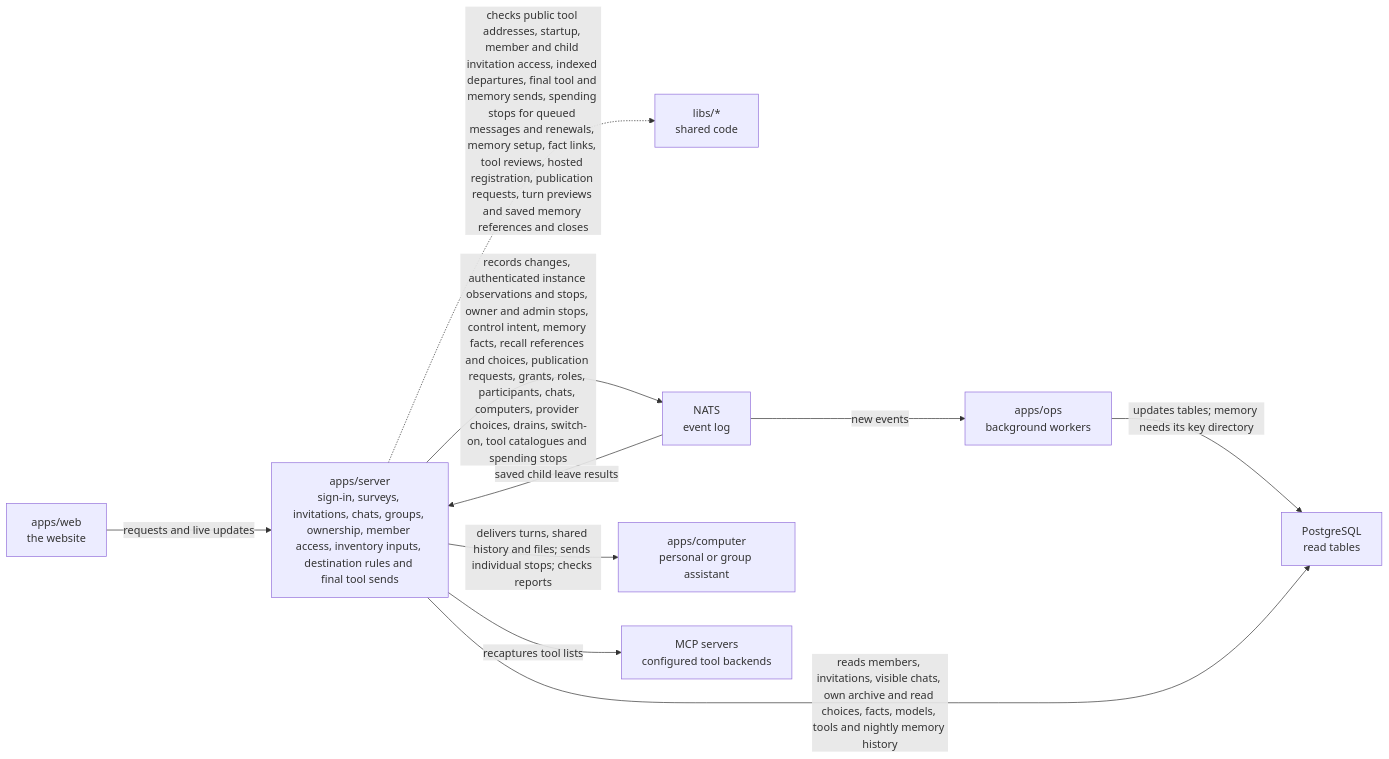
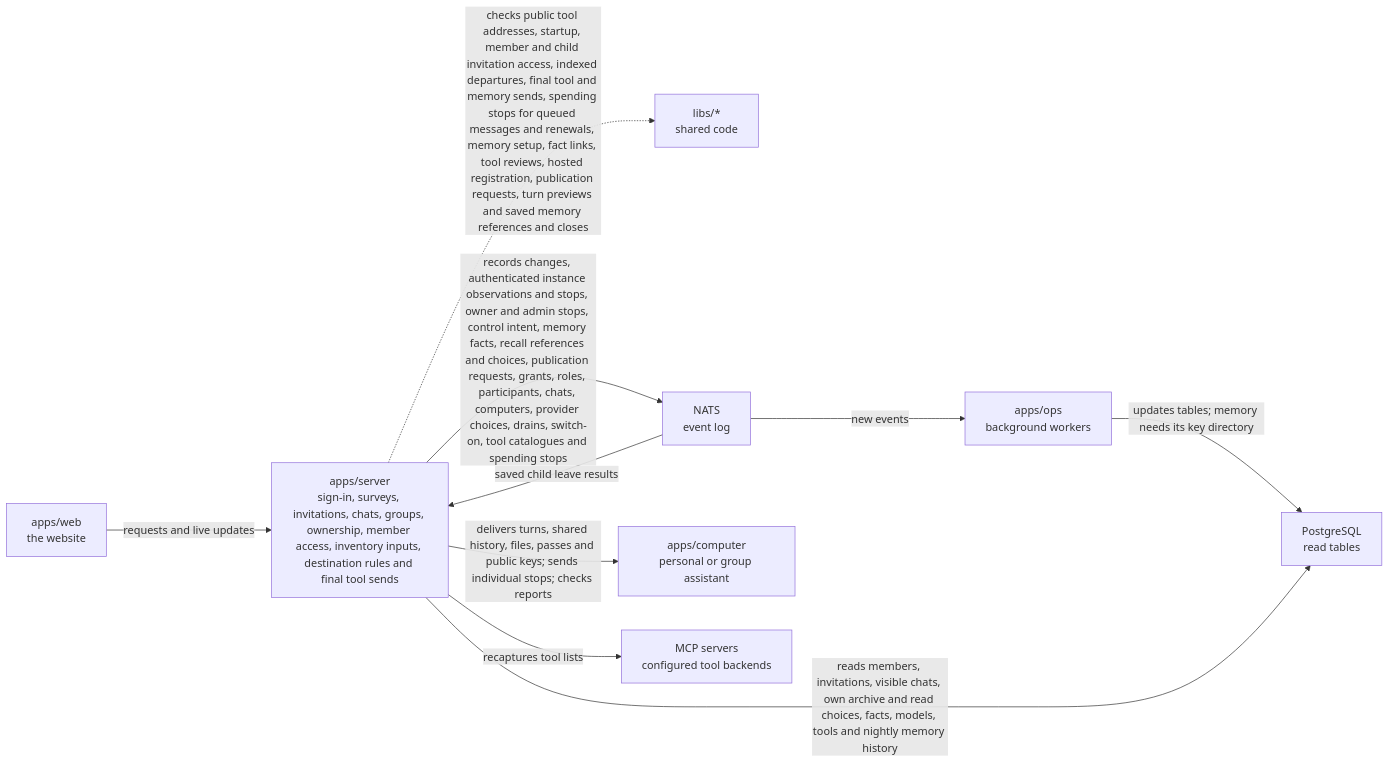
One commit to elewa-git/opencrane-new changed the diagram in apps/server/README.md. Above: the diagram before and after it, drawn with Mermaid. The commit also changed other lines of this file and 16 other files, not shown here.

````diff
--- a/apps/server/README.md
+++ b/apps/server/README.md
@@ -11,12 +11,12 @@
 ```mermaid
 flowchart LR
   web["apps/web<br/>the website"] -->|requests and live updates| server["apps/server<br/>sign-in, surveys, invitations, chats, groups, ownership, member access, inventory inputs, destination rules and final tool sends"]
   server -.->|checks public tool addresses, startup, member and child invitation access, indexed departures, final tool and memory sends, spending stops for queued messages and renewals, memory setup, fact links, tool reviews, hosted registration, publication requests, turn previews and saved memory references and closes| libs["libs/*<br/>shared code"]
   server -->|records changes, authenticated instance observations and stops, owner and admin stops, control intent, memory facts, recall references and choices, publication requests, grants, roles, participants, chats, computers, provider choices, drains, switch-on, tool catalogues and spending stops| nats["NATS<br/>event log"]
   nats -->|saved child leave results| server
   nats -->|new events| ops["apps/ops<br/>background workers"]
   ops -->|updates tables; memory needs its key directory| postgres["PostgreSQL<br/>read tables"]
   server -->|reads members, invitations, visible chats, own archive and read choices, facts, models, tools and nightly memory history| postgres
-  server -->|delivers turns, shared history and files; sends individual stops; checks reports| computer["apps/computer<br/>personal or group assistant"]
+  server -->|delivers turns, shared history, files, passes and public keys; sends individual stops; checks reports| computer["apps/computer<br/>personal or group assistant"]
   server -->|recaptures tool lists| mcp["MCP servers<br/>configured tool backends"]
 ```
````
